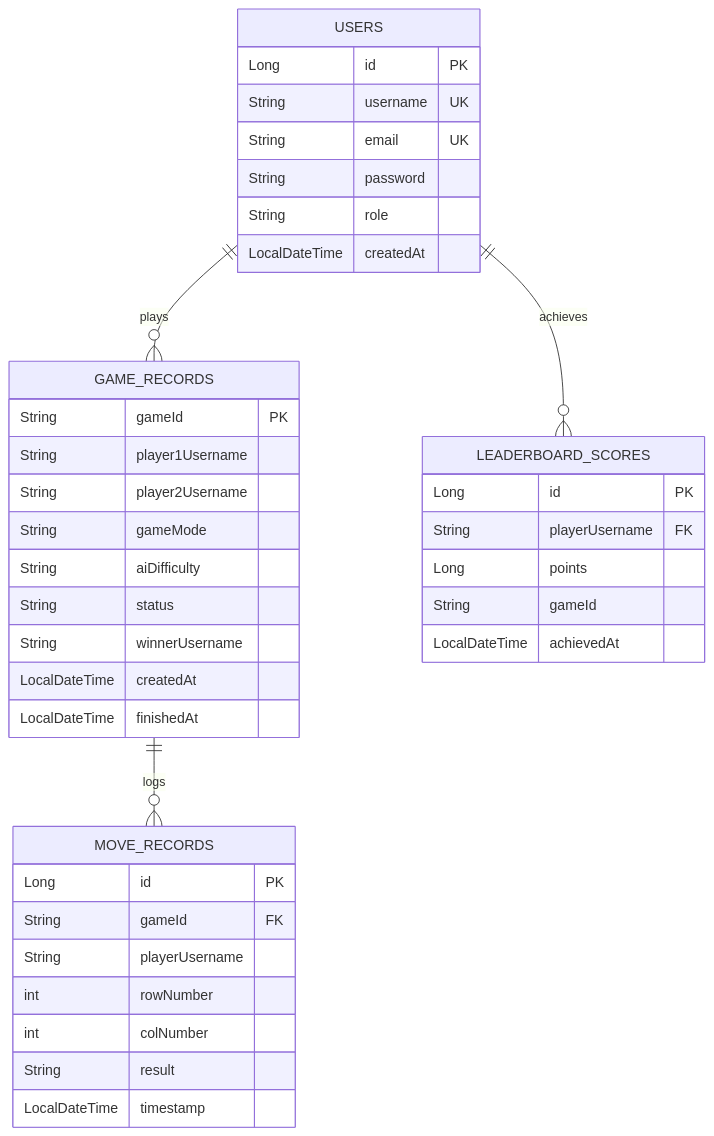
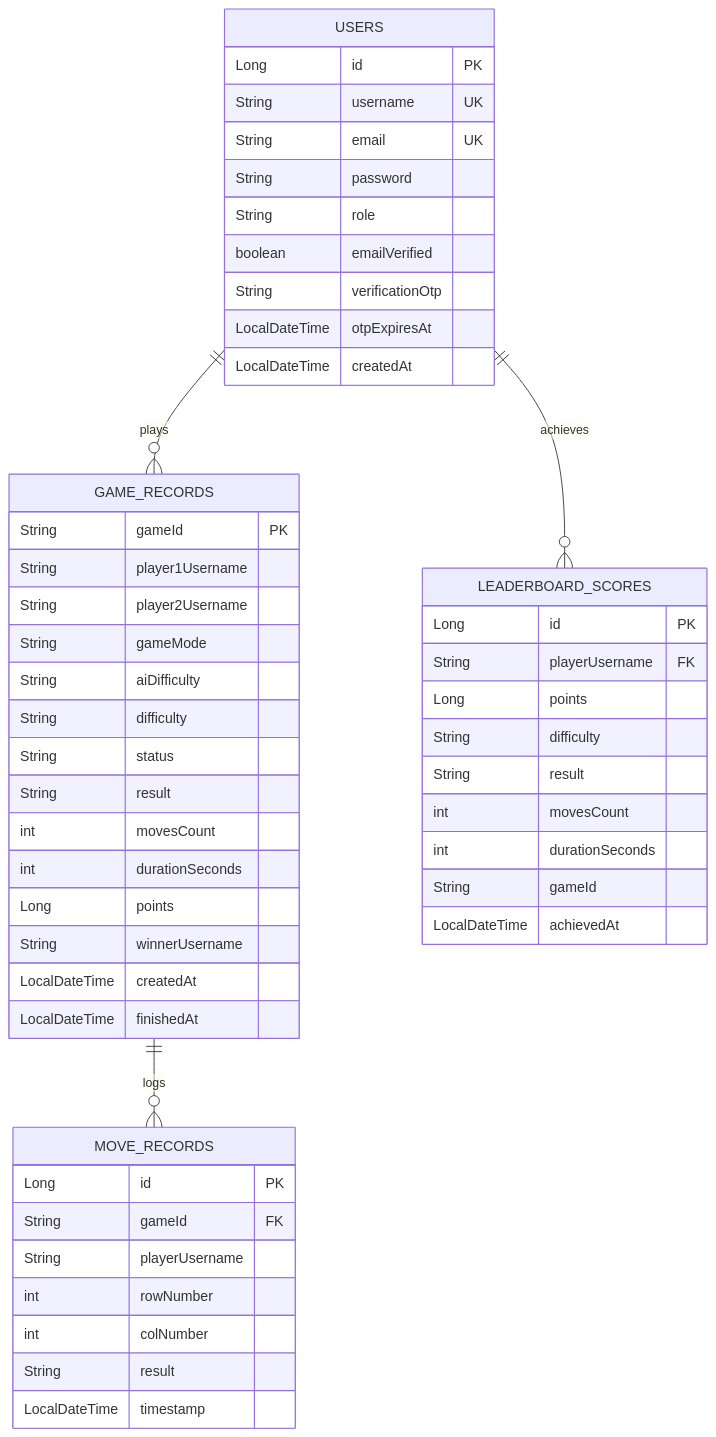
Before and after one commit to alvarofdeza/Battleship_IWSIM21-07: the sixth of 8 diagrams in modelado/ARQUITECTURA_Y_DISENO.md, drawn with Mermaid. The commit also changed other lines of this file and 3 other files, not shown here.

Commit message:
docs: streamline historical roadmap and document milestone 5 architecture, scoring and 91 tests

````diff
--- a/modelado/ARQUITECTURA_Y_DISENO.md
+++ b/modelado/ARQUITECTURA_Y_DISENO.md
@@ -282,45 +287,57 @@
 ```mermaid
 erDiagram
     USERS ||--o{ GAME_RECORDS : plays
     USERS ||--o{ LEADERBOARD_SCORES : achieves
     GAME_RECORDS ||--o{ MOVE_RECORDS : logs
 
     USERS {
         Long id PK
         String username UK
         String email UK
         String password
         String role
+        boolean emailVerified
+        String verificationOtp
+        LocalDateTime otpExpiresAt
         LocalDateTime createdAt
     }
 
     GAME_RECORDS {
         String gameId PK
         String player1Username
         String player2Username
         String gameMode
         String aiDifficulty
+        String difficulty
         String status
+        String result
+        int movesCount
+        int durationSeconds
+        Long points
         String winnerUsername
         LocalDateTime createdAt
         LocalDateTime finishedAt
     }
 
     MOVE_RECORDS {
         Long id PK
         String gameId FK
         String playerUsername
         int rowNumber
         int colNumber
         String result
         LocalDateTime timestamp
     }
 
     LEADERBOARD_SCORES {
         Long id PK
         String playerUsername FK
         Long points
+        String difficulty
+        String result
+        int movesCount
+        int durationSeconds
         String gameId
         LocalDateTime achievedAt
     }
 ```
````
